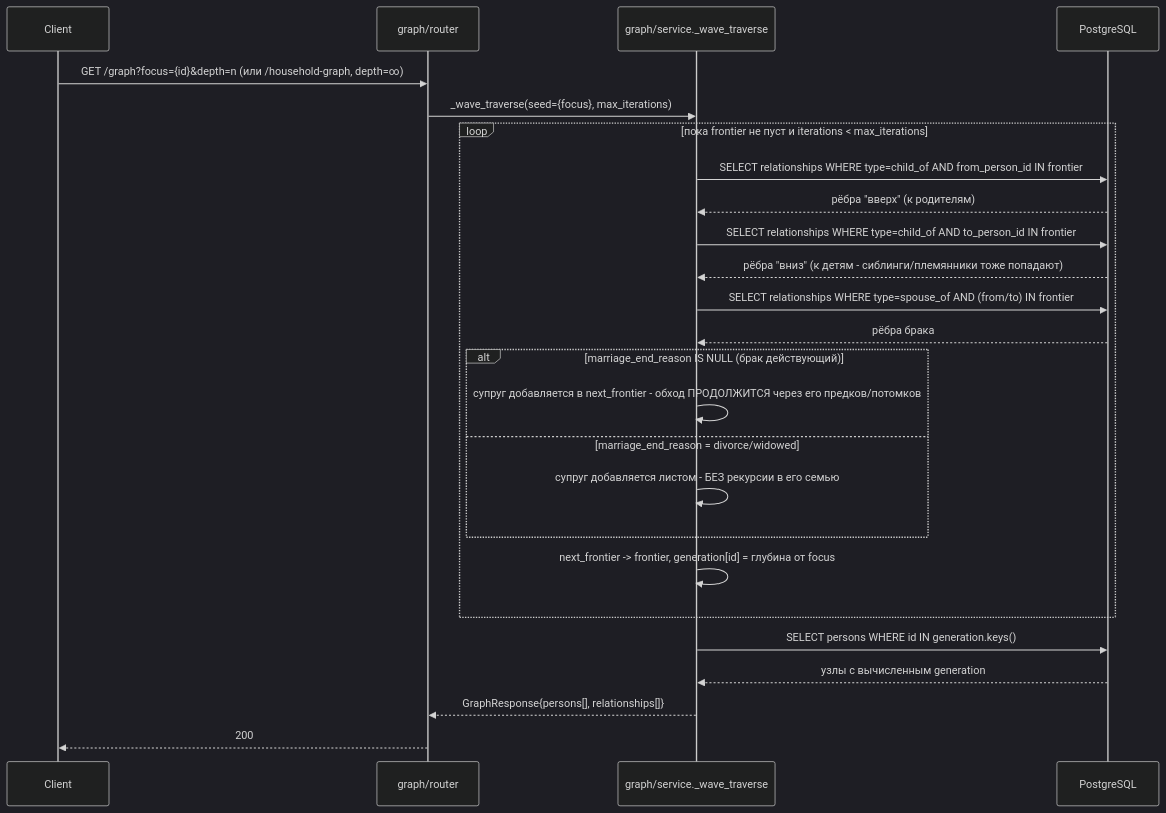
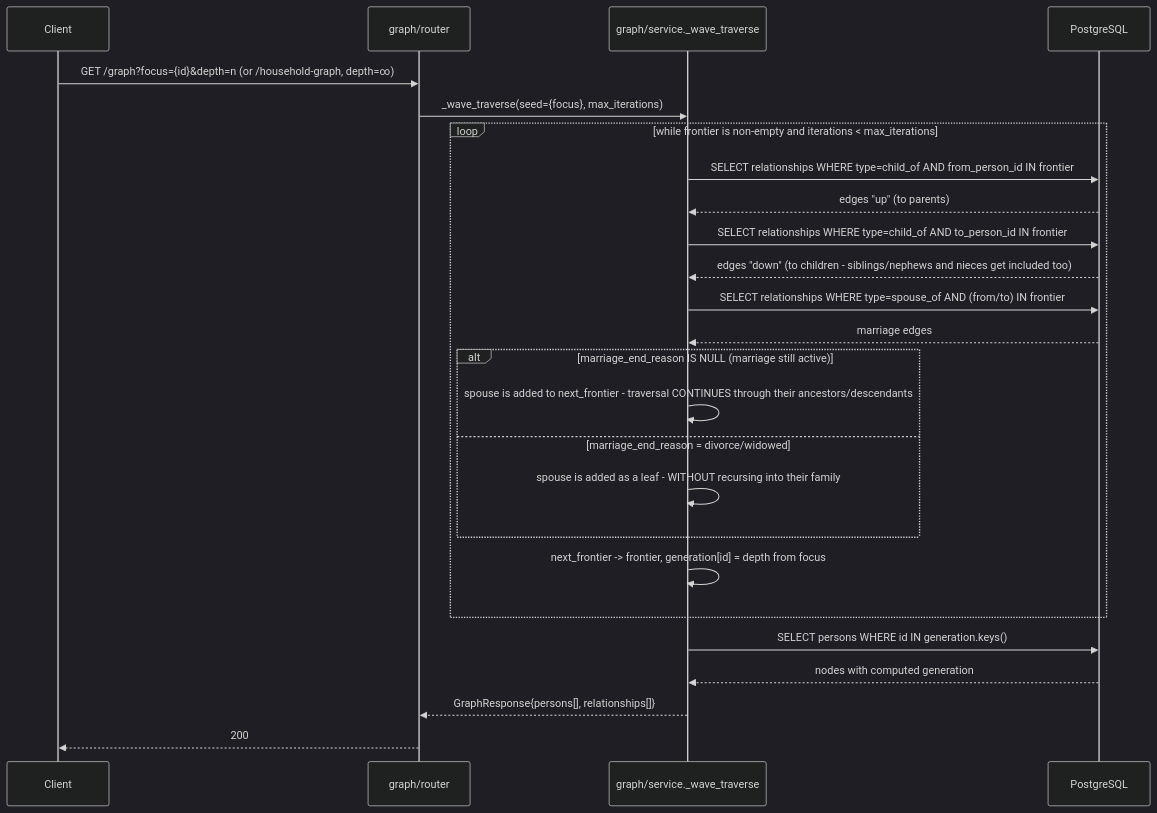
Before and after one commit to moera-sudo/jeli: the second of 7 diagrams in README.md, drawn with Mermaid (dark theme). The commit also changed other lines of this file and 61 other files, not shown here.

````diff
--- a/README.md
+++ b/README.md
@@ -364,28 +367,28 @@
 ```mermaid
 sequenceDiagram
     participant C as Client
     participant R as graph/router
     participant S as graph/service._wave_traverse
     participant DB as PostgreSQL
 
-    C->>R: GET /graph?focus={id}&depth=n (или /household-graph, depth=∞)
+    C->>R: GET /graph?focus={id}&depth=n (or /household-graph, depth=∞)
     R->>S: _wave_traverse(seed={focus}, max_iterations)
-    loop пока frontier не пуст и iterations < max_iterations
+    loop while frontier is non-empty and iterations < max_iterations
         S->>DB: SELECT relationships WHERE type=child_of AND from_person_id IN frontier
-        DB-->>S: рёбра "вверх" (к родителям)
+        DB-->>S: edges "up" (to parents)
         S->>DB: SELECT relationships WHERE type=child_of AND to_person_id IN frontier
-        DB-->>S: рёбра "вниз" (к детям - сиблинги/племянники тоже попадают)
+        DB-->>S: edges "down" (to children - siblings/nephews and nieces get included too)
         S->>DB: SELECT relationships WHERE type=spouse_of AND (from/to) IN frontier
-        DB-->>S: рёбра брака
-        alt marriage_end_reason IS NULL (брак действующий)
-            S->>S: супруг добавляется в next_frontier - обход ПРОДОЛЖИТСЯ через его предков/потомков
+        DB-->>S: marriage edges
+        alt marriage_end_reason IS NULL (marriage still active)
+            S->>S: spouse is added to next_frontier - traversal CONTINUES through their ancestors/descendants
         else marriage_end_reason = divorce/widowed
-            S->>S: супруг добавляется листом - БЕЗ рекурсии в его семью
+            S->>S: spouse is added as a leaf - WITHOUT recursing into their family
         end
-        S->>S: next_frontier -> frontier, generation[id] = глубина от focus
+        S->>S: next_frontier -> frontier, generation[id] = depth from focus
     end
     S->>DB: SELECT persons WHERE id IN generation.keys()
-    DB-->>S: узлы с вычисленным generation
+    DB-->>S: nodes with computed generation
     S-->>R: GraphResponse{persons[], relationships[]}
     R-->>C: 200
 ```
````
